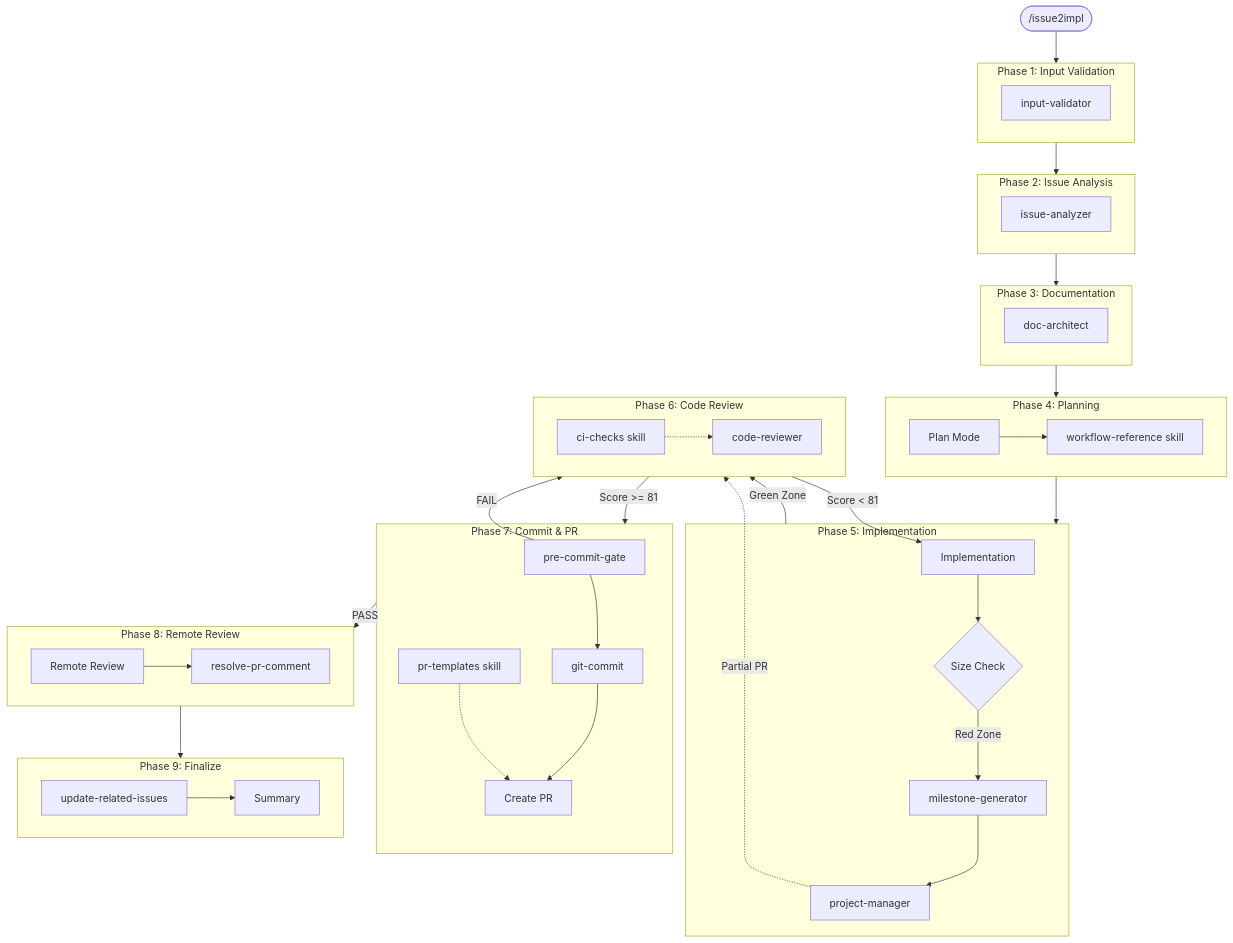
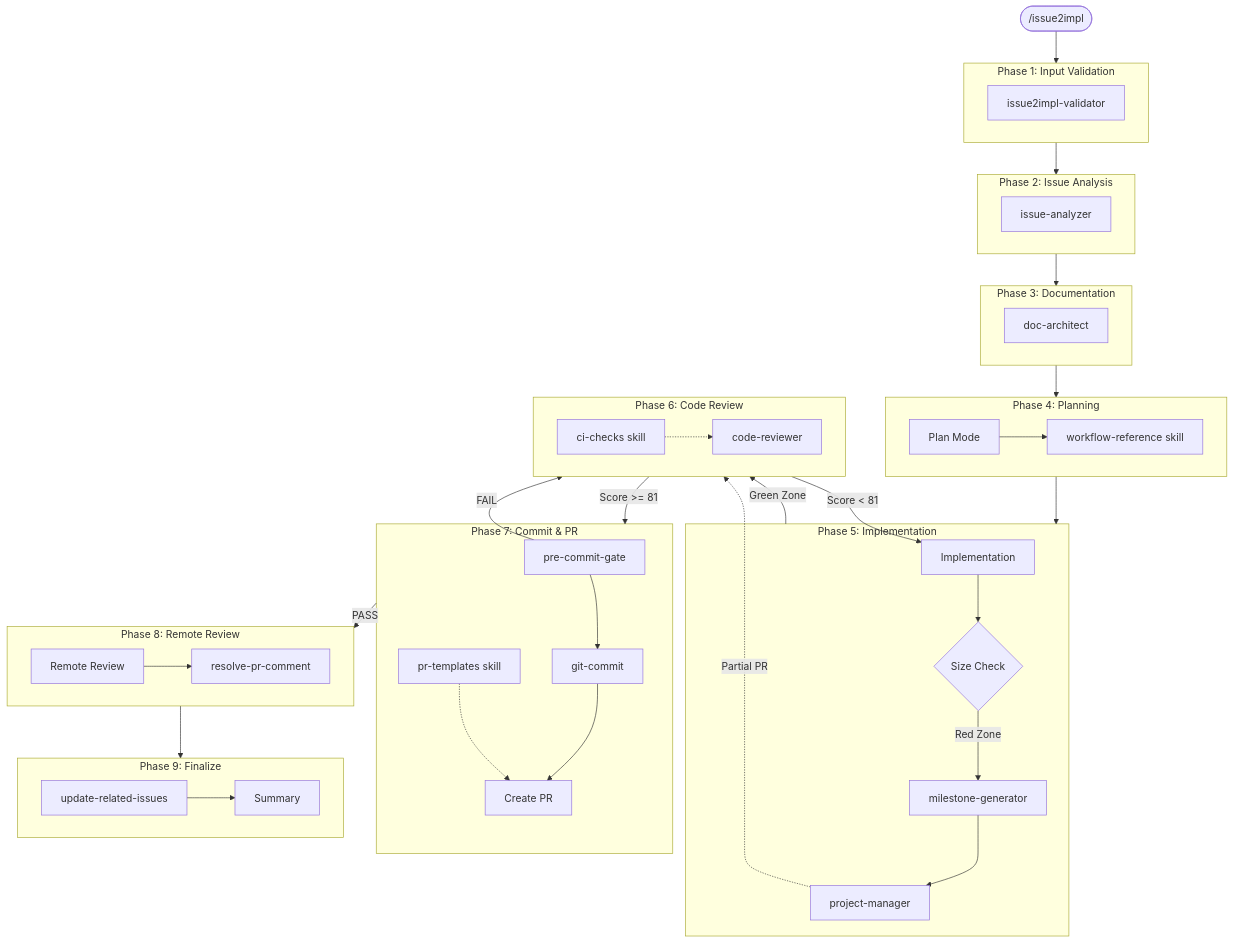
Before and after one commit to Entropy-xcy/agentize: the first of 2 diagrams in claude/README.md, drawn with Mermaid. The commit also changed other lines of this file and 5 other files, not shown here.

First line of the commit message:
[refactor] Split input-validator into workflow-specific validators

````diff
--- a/claude/README.md
+++ b/claude/README.md
@@ -44,72 +44,72 @@
 ```mermaid
 flowchart TB
     Start([/issue2impl]) --> P1
 
     subgraph P1[Phase 1: Input Validation]
-        IV[input-validator]
+        IV[issue2impl-validator]
     end
 
     subgraph P2[Phase 2: Issue Analysis]
         IA[issue-analyzer]
     end
 
     subgraph P3[Phase 3: Documentation]
         DA[doc-architect]
     end
 
     subgraph P4[Phase 4: Planning]
         PM[Plan Mode]
         WR1[workflow-reference skill]
         PM --> WR1
     end
 
     subgraph P5[Phase 5: Implementation]
         IMP[Implementation]
         SIZE{Size Check}
         MG[milestone-generator]
         PJM1[project-manager]
         IMP --> SIZE
         SIZE -->|Red Zone| MG
         MG --> PJM1
     end
 
     subgraph P6[Phase 6: Code Review]
         CR[code-reviewer]
         CI[ci-checks skill]
         CI -.-> CR
     end
 
     subgraph P7[Phase 7: Commit & PR]
         PCG[pre-commit-gate]
         GC[git-commit]
         PRNODE[Create PR]
         PRT[pr-templates skill]
         PCG --> GC
         GC --> PRNODE
         PRT -.-> PRNODE
     end
 
     subgraph P8[Phase 8: Remote Review]
         RR[Remote Review]
         RPC[resolve-pr-comment]
         RR --> RPC
     end
 
     subgraph P9[Phase 9: Finalize]
         URI[update-related-issues]
         SUM[Summary]
         URI --> SUM
     end
 
     P1 --> P2
     P2 --> P3
     P3 --> P4
     P4 --> P5
     P5 -->|Green Zone| P6
     PJM1 -.->|Partial PR| P6
     P6 -->|Score >= 81| P7
     P6 -->|Score < 81| IMP
     P7 -->|PASS| P8
     PCG -->|FAIL| P6
     P8 --> P9
 ```
````
